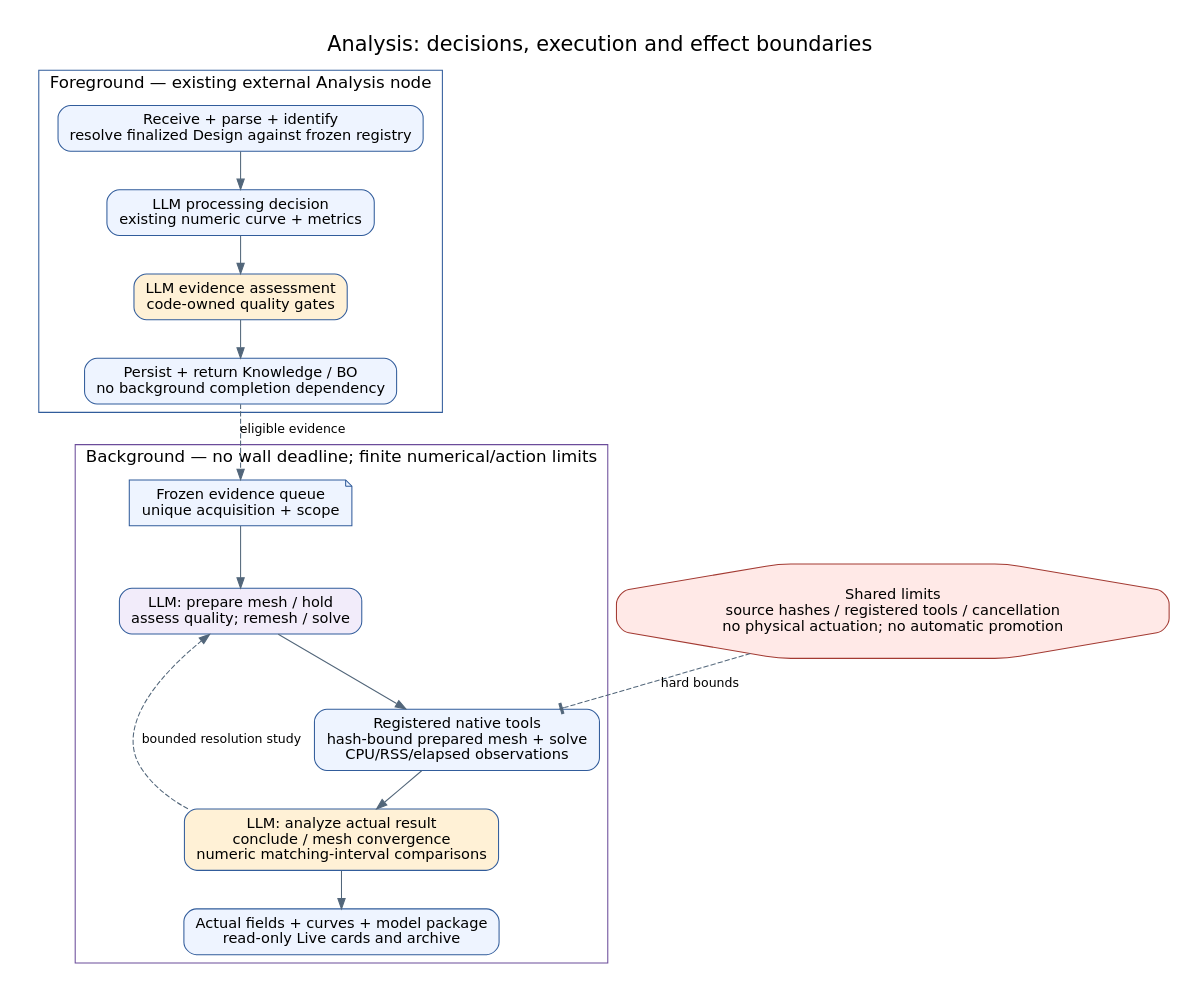
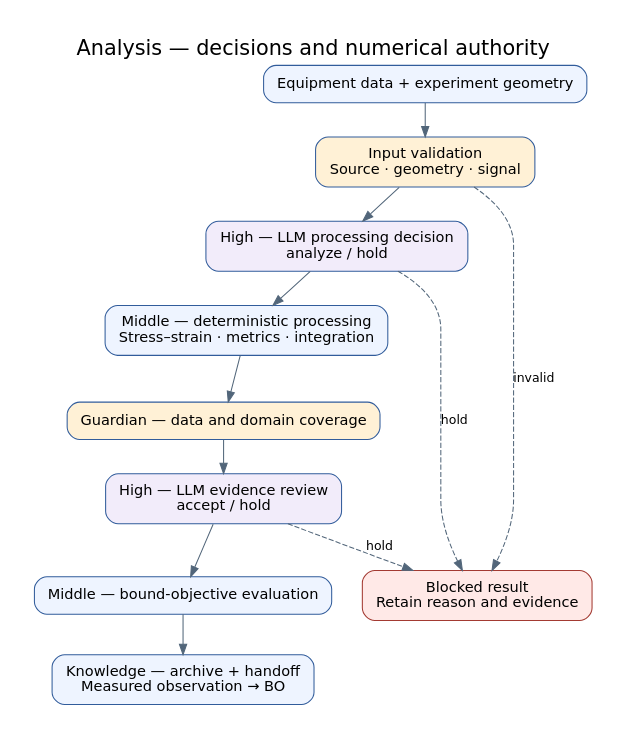
The diagram in docs/agents/assets/figures/analysis_02_execution_effect_boundary.dot (JIN9811/autonomous_researcher), drawn with Graphviz before and after one commit. The commit also changed 301 other files, not shown here.

```diff
--- a/docs/agents/assets/figures/analysis_02_execution_effect_boundary.dot
+++ b/docs/agents/assets/figures/analysis_02_execution_effect_boundary.dot
@@ -1,26 +1,18 @@
-digraph analysis_execution_effect_boundary {
-  graph [rankdir=TB, bgcolor="white", pad="0.3", nodesep="0.4", ranksep="0.5", fontname="DejaVu Sans", label="Analysis: decisions, execution and effect boundaries", labelloc=t, fontsize=20];
-  node [shape=box, style="rounded,filled", fillcolor="#EEF4FF", color="#315C9B", fontname="DejaVu Sans", fontsize=14, margin="0.17,0.1"];
-  edge [color="#52667A", fontname="DejaVu Sans", fontsize=12];
-  subgraph cluster_fg {
-    label="Foreground — existing external Analysis node";color="#315C9B";fontsize=16;
-    intake [label="Receive + parse + identify\nresolve finalized Design against frozen registry"];
-    data [label="LLM processing decision\nexisting numeric curve + metrics"];
-    assess [label="LLM evidence assessment\ncode-owned quality gates",fillcolor="#FFF1D6"];
-    handoff [label="Persist + return Knowledge / BO\nno background completion dependency"];
-    intake -> data -> assess -> handoff;
-  }
-  subgraph cluster_bg {
-    label="Background — no wall deadline; finite numerical/action limits";color="#6B4C9A";fontsize=16;
-    queue [label="Frozen evidence queue\nunique acquisition + scope",shape=note];
-    select [label="LLM: prepare mesh / hold\nassess quality; remesh / solve",fillcolor="#F2ECFA"];
-    study [label="Registered native tools\nhash-bound prepared mesh + solve\nCPU/RSS/elapsed observations"];
-    validate [label="LLM: analyze actual result\nconclude / mesh convergence\nnumeric matching-interval comparisons",fillcolor="#FFF1D6"];
-    outputs [label="Actual fields + curves + model package\nread-only Live cards and archive"];
-    queue -> select -> study -> validate -> outputs;
-    validate -> select [style=dashed,label="bounded resolution study"];
-  }
-  handoff -> queue [style=dashed,label="eligible evidence"];
-  limits [label="Shared limits\nsource hashes / registered tools / cancellation\nno physical actuation; no automatic promotion",shape=octagon,fillcolor="#FFE9E7",color="#A33A32"];
-  limits -> study [style=dashed,label="hard bounds",arrowhead=tee];
+digraph analysis_execution {
+ graph [rankdir=TB,bgcolor="white",pad="0.35",nodesep="0.4",ranksep="0.45",fontname="DejaVu Sans",fontsize=20,label="Analysis — decisions and numerical authority",labelloc=t];
+ node [shape=box,style="rounded,filled",fillcolor="#EEF4FF",color="#315C9B",fontname="DejaVu Sans",fontsize=14,margin="0.2,0.12"];
+ edge [color="#52667A",fontname="DejaVu Sans",fontsize=12];
+ input [label="Equipment data + experiment geometry"];
+ gate [label="Input validation\nSource · geometry · signal",fillcolor="#FFF1D6"];
+ high1 [label="High — LLM processing decision\nanalyze / hold",fillcolor="#F2ECFA"];
+ numeric [label="Middle — deterministic processing\nStress–strain · metrics · integration"];
+ quality [label="Guardian — data and domain coverage",fillcolor="#FFF1D6"];
+ high2 [label="High — LLM evidence review\naccept / hold",fillcolor="#F2ECFA"];
+ objective [label="Middle — bound-objective evaluation"];
+ output [label="Knowledge — archive + handoff\nMeasured observation → BO"];
+ hold [label="Blocked result\nRetain reason and evidence",fillcolor="#FFE9E7",color="#A33A32"];
+ input -> gate -> high1 -> numeric -> quality -> high2 -> objective -> output;
+ gate -> hold [style=dashed,label="invalid"];
+ high1 -> hold [style=dashed,label="hold"];
+ high2 -> hold [style=dashed,label="hold"];
 }
```
